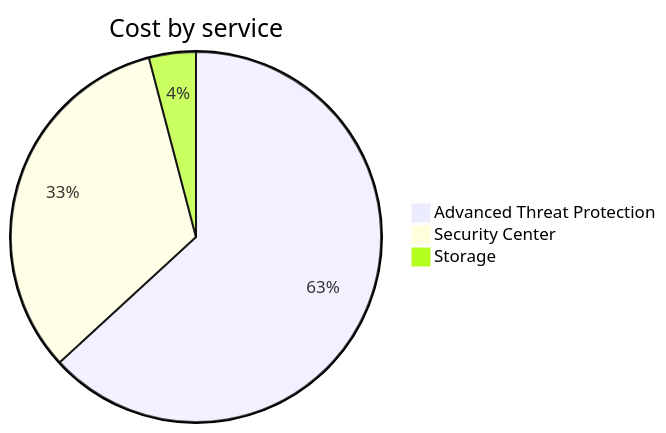
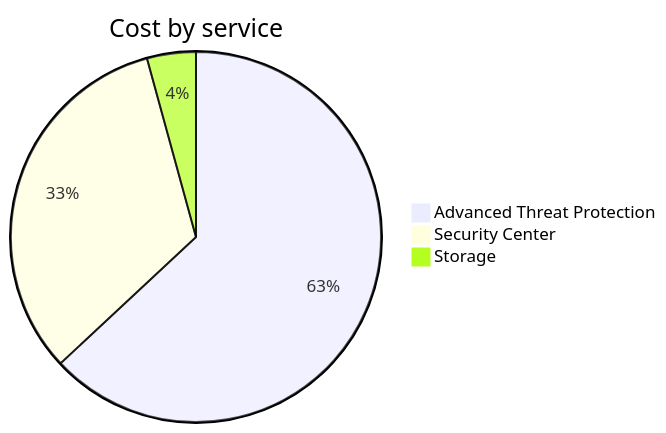
The second of 4 diagrams in cost-reports/cloud-shell-storage-eastus/README.md (jpfulton/azure-personal-reports), drawn with Mermaid before and after one commit. The commit also changed other lines of this file and 1 other file, not shown here.

````diff
--- a/cost-reports/cloud-shell-storage-eastus/README.md
+++ b/cost-reports/cloud-shell-storage-eastus/README.md
@@ -95,7 +95,7 @@
 ```mermaid
 pie
    title Cost by service
    "Advanced Threat Protection" : 3.55
    "Security Center" : 1.84
-   "Storage" : 0.23
+   "Storage" : 0.24
 ```
````
